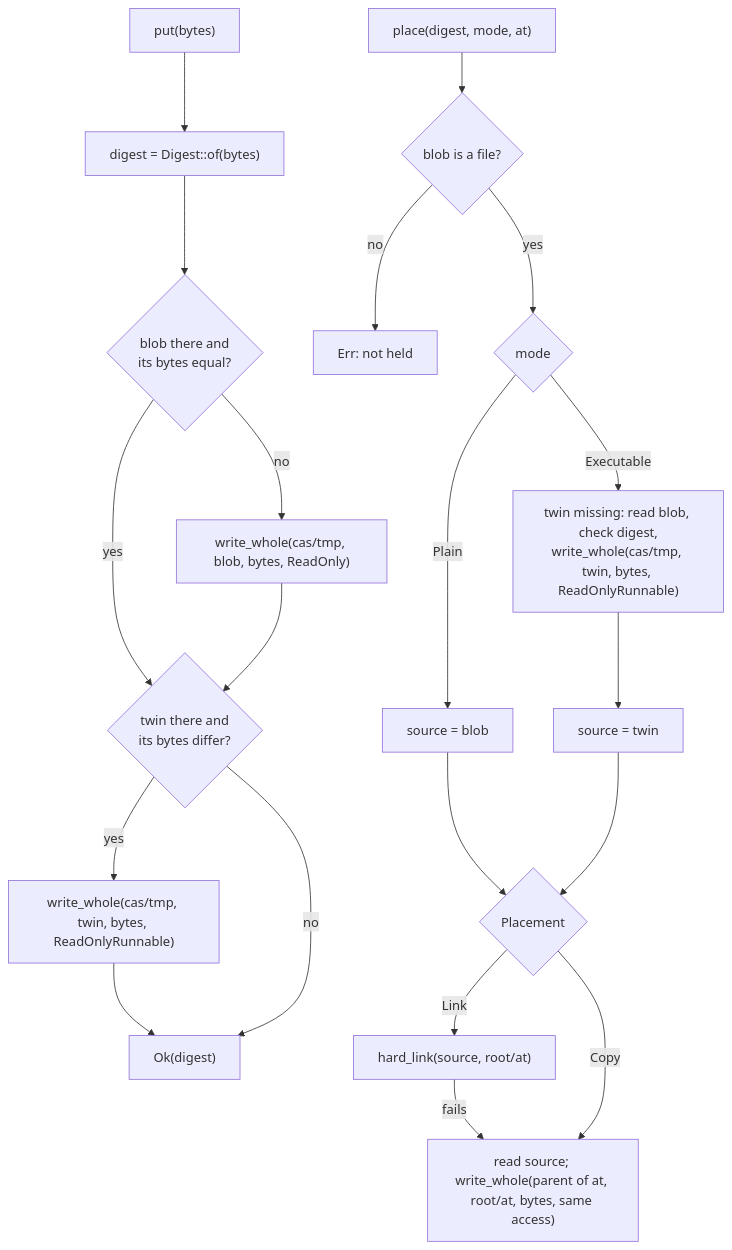
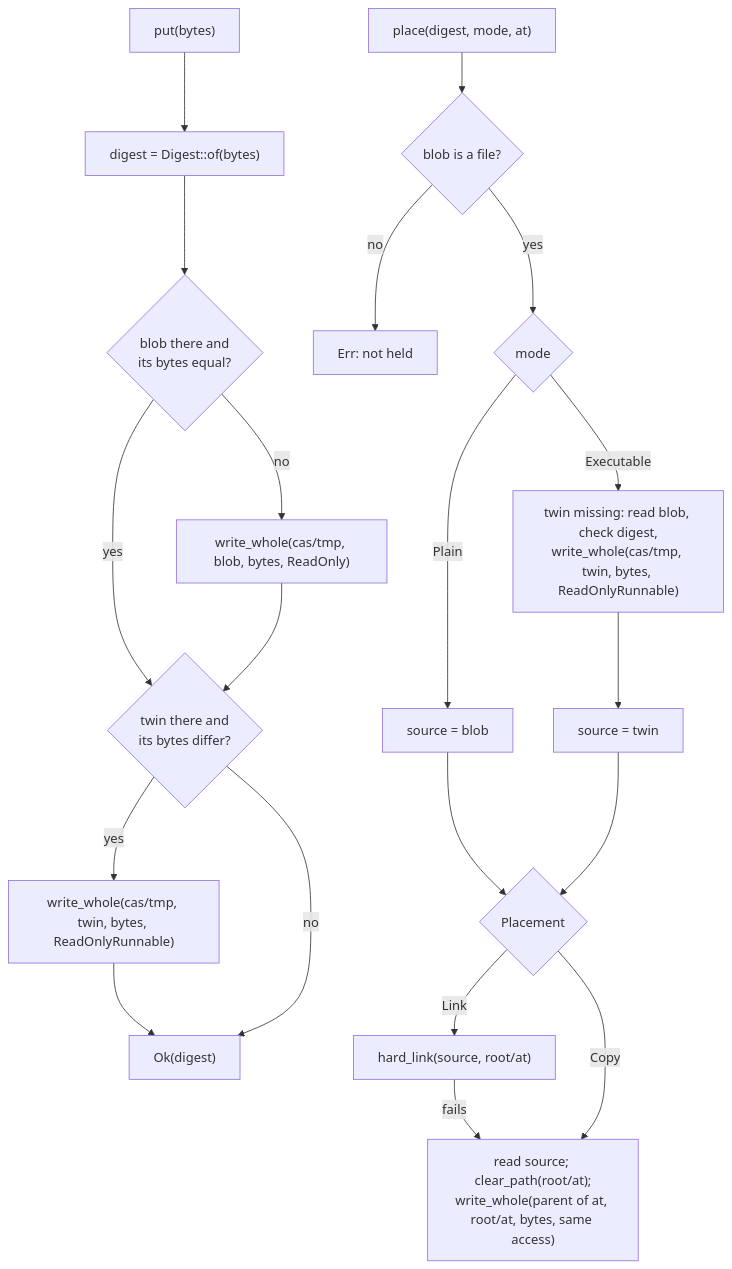
Before and after one commit to airsstack/buildl: the third of 9 diagrams in .claudestacks/sdlc/2026-10-13-adapters-cli/spec.md, drawn with Mermaid. The commit also changed other lines of this file, not shown here.

````diff
--- a/.claudestacks/sdlc/2026-10-13-adapters-cli/spec.md
+++ b/.claudestacks/sdlc/2026-10-13-adapters-cli/spec.md
@@ -1246,19 +1261,19 @@
 ```mermaid
 flowchart TD
     PUT["put(bytes)"] --> D["digest = Digest::of(bytes)"]
     D --> H{"blob there and<br/>its bytes equal?"}
     H -- yes --> T{"twin there and<br/>its bytes differ?"}
     H -- no --> W["write_whole(cas/tmp, blob, bytes, ReadOnly)"] --> T
     T -- yes --> WT["write_whole(cas/tmp, twin, bytes, ReadOnlyRunnable)"] --> OK
     T -- no --> OK["Ok(digest)"]
     PL["place(digest, mode, at)"] --> B{"blob is a file?"}
     B -- no --> E["Err: not held"]
     B -- yes --> S{"mode"}
     S -- Plain --> SRC["source = blob"]
     S -- Executable --> TW["twin missing: read blob, check digest,<br/>write_whole(cas/tmp, twin, bytes, ReadOnlyRunnable)"] --> SRC2["source = twin"]
     SRC --> M{"Placement"}
     SRC2 --> M
     M -- Link --> L["hard_link(source, root/at)"]
     L -- fails --> C
-    M -- Copy --> C["read source; write_whole(parent of at, root/at, bytes, same access)"]
+    M -- Copy --> C["read source; clear_path(root/at);<br/>write_whole(parent of at, root/at, bytes, same access)"]
 ```
````
